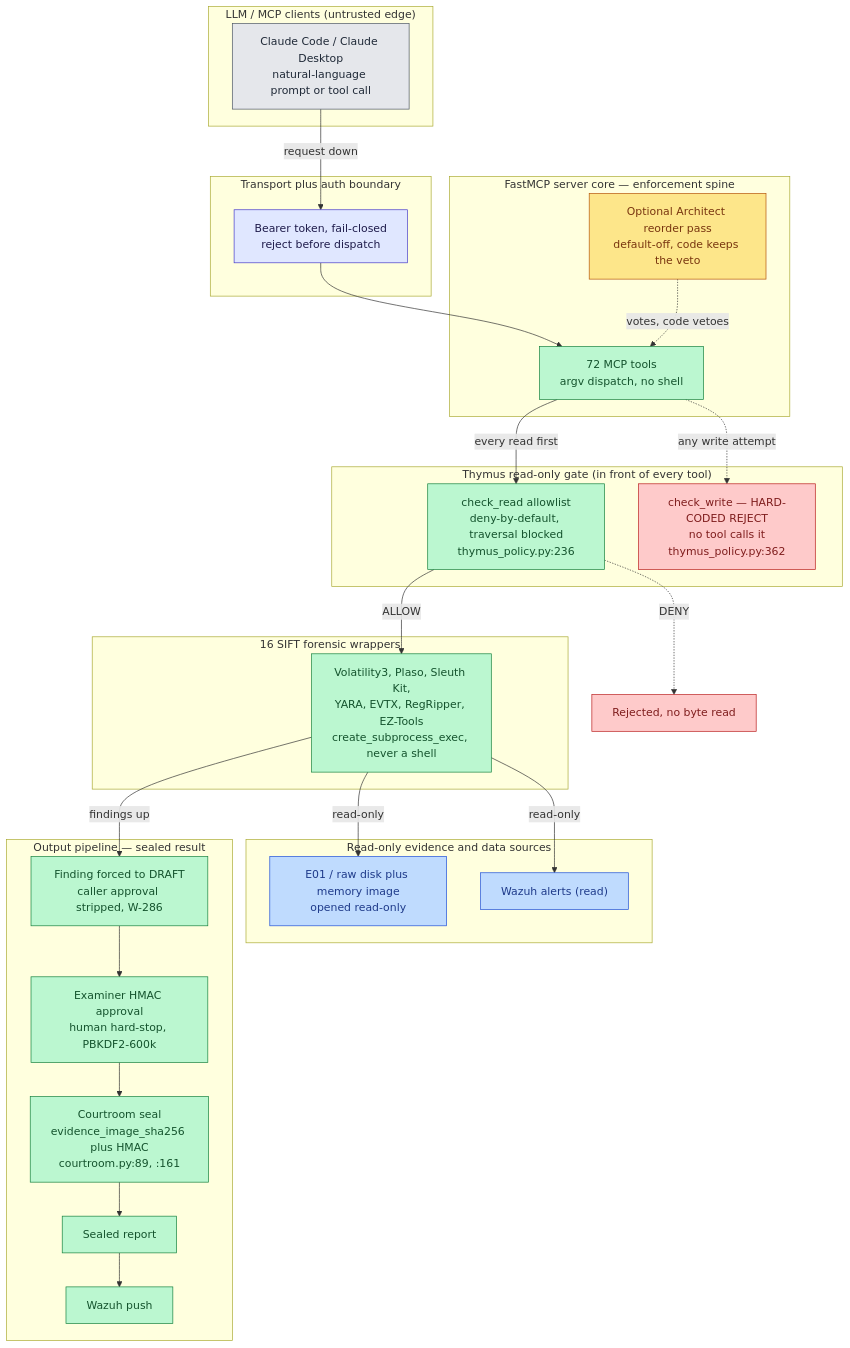
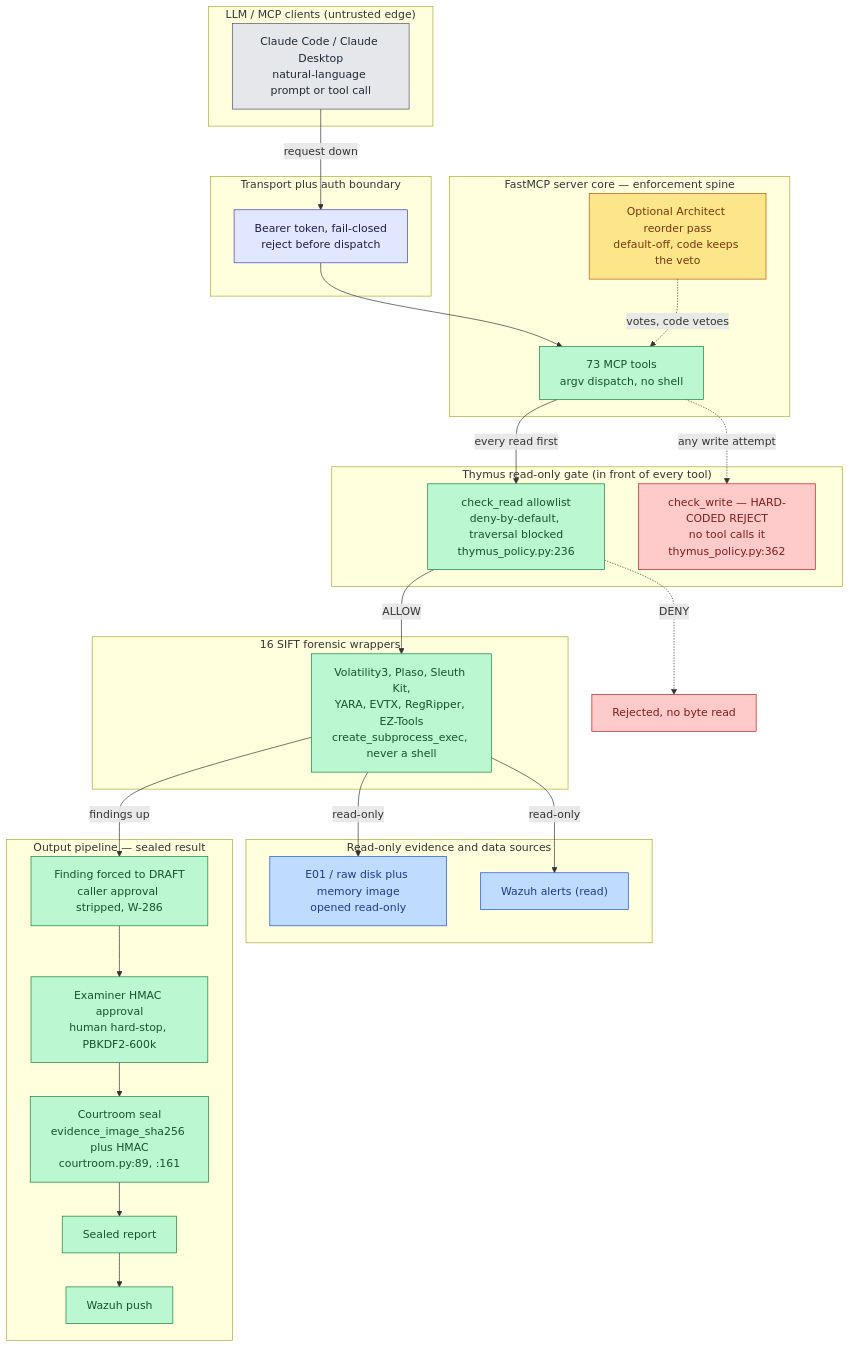
Before and after one commit to galvangabriel-web/agentropix-mcp: the diagram in docs/07-sdlc-ops/assets/evidence-integrity/d1-layered-architecture.mmd, drawn with Mermaid. The commit also changed 80 other files, not shown here.

```diff
--- a/docs/07-sdlc-ops/assets/evidence-integrity/d1-layered-architecture.mmd
+++ b/docs/07-sdlc-ops/assets/evidence-integrity/d1-layered-architecture.mmd
@@ -1,64 +1,64 @@
 flowchart TD
     classDef llm fill:#e5e7eb,stroke:#4b5563,color:#1f2937;
     classDef boundary fill:#e0e7ff,stroke:#4338ca,color:#1e1b4b;
     classDef arch fill:#bbf7d0,stroke:#15803d,color:#14532d;
     classDef prompt fill:#fde68a,stroke:#b45309,color:#78350f;
     classDef evidence fill:#bfdbfe,stroke:#1d4ed8,color:#1e3a8a;
     classDef reject fill:#fecaca,stroke:#b91c1c,color:#7f1d1d;
 
     subgraph EDGE["LLM / MCP clients (untrusted edge)"]
         CLIENT["Claude Code / Claude Desktop<br/>natural-language prompt or tool call"]
     end
 
     subgraph AUTH["Transport plus auth boundary"]
         BEARER["Bearer token, fail-closed<br/>reject before dispatch"]
     end
 
     subgraph CORE["FastMCP server core — enforcement spine"]
-        TOOLS["72 MCP tools<br/>argv dispatch, no shell"]
+        TOOLS["73 MCP tools<br/>argv dispatch, no shell"]
         ARCH["Optional Architect reorder pass<br/>default-off, code keeps the veto"]
     end
 
     subgraph GATE["Thymus read-only gate (in front of every tool)"]
         READ["check_read allowlist<br/>deny-by-default, traversal blocked<br/>thymus_policy.py:236"]
         WRITE["check_write — HARD-CODED REJECT<br/>no tool calls it<br/>thymus_policy.py:362"]
     end
 
     subgraph WRAPPERS["16 SIFT forensic wrappers"]
         WRAP["Volatility3, Plaso, Sleuth Kit,<br/>YARA, EVTX, RegRipper, EZ-Tools<br/>create_subprocess_exec, never a shell"]
     end
 
     subgraph SOURCES["Read-only evidence and data sources"]
         EVID["E01 / raw disk plus memory image<br/>opened read-only"]
         WAZUH["Wazuh alerts (read)"]
     end
 
     subgraph OUTPUT["Output pipeline — sealed result"]
         DRAFT["Finding forced to DRAFT<br/>caller approval stripped, W-286"]
         APPROVE["Examiner HMAC approval<br/>human hard-stop, PBKDF2-600k"]
         SEAL["Courtroom seal<br/>evidence_image_sha256 plus HMAC<br/>courtroom.py:89, :161"]
         REPORT["Sealed report"]
         PUSH["Wazuh push"]
     end
 
     CLIENT -->|"request down"| BEARER
     BEARER --> TOOLS
     ARCH -.->|"votes, code vetoes"| TOOLS
     TOOLS -->|"every read first"| READ
     READ -->|"ALLOW"| WRAP
     READ -.->|"DENY"| REJECT1["Rejected, no byte read"]
     TOOLS -.->|"any write attempt"| WRITE
     WRAP -->|"read-only"| EVID
     WRAP -->|"read-only"| WAZUH
     WRAP -->|"findings up"| DRAFT
     DRAFT --> APPROVE
     APPROVE --> SEAL
     SEAL --> REPORT
     REPORT --> PUSH
 
     class CLIENT llm
     class BEARER boundary
     class TOOLS,WRAP,DRAFT,APPROVE,SEAL,REPORT,PUSH,READ arch
     class ARCH prompt
     class EVID,WAZUH evidence
     class WRITE,REJECT1 reject
```
